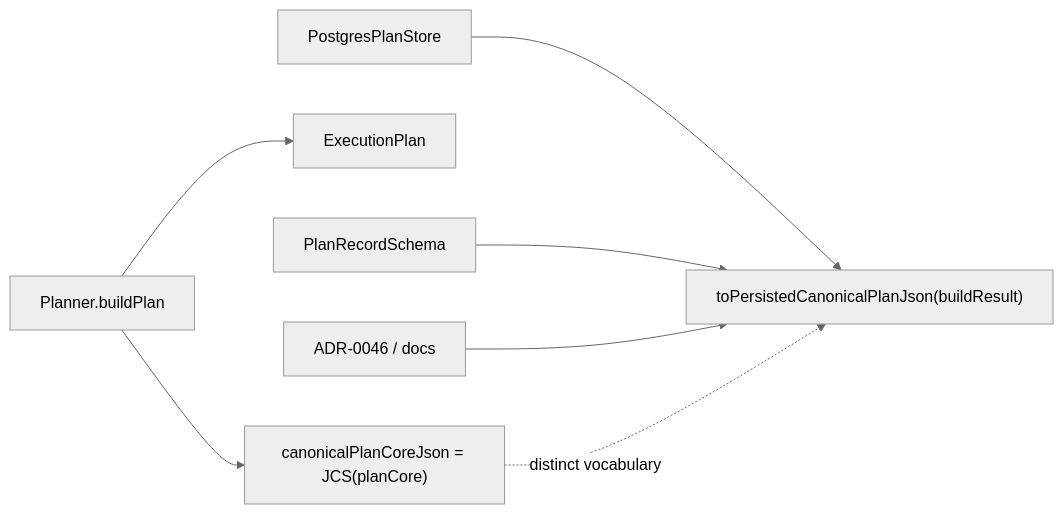
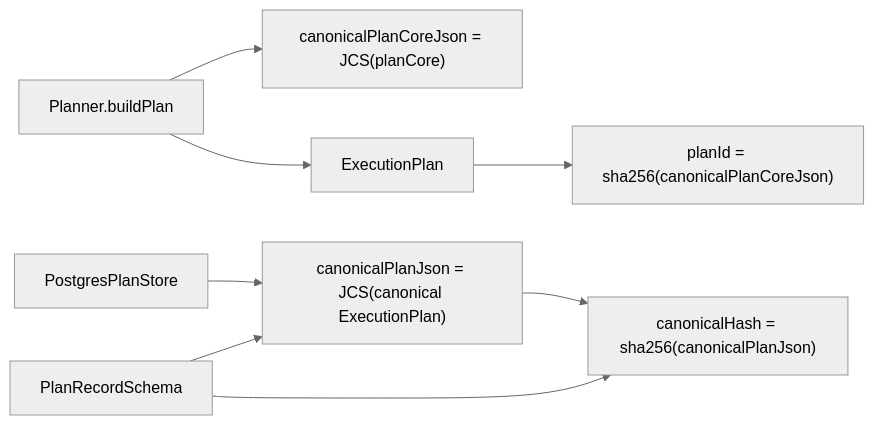
One commit to dunay2/dvt changed the first of 2 diagrams in docs/planning/reviews/architecture-and-governance/20260407-execution-plan-and-run-execution-policy-hard-qa-review.md. Above: the diagram before and after it, drawn with Mermaid (neutral theme). The commit also changed other lines of this file and 12 other files, not shown here.

Commit message:
fix(contracts): Canonicalize persisted plan records and enforce canonical hash

````diff
--- a/docs/planning/reviews/architecture-and-governance/20260407-execution-plan-and-run-execution-policy-hard-qa-review.md
+++ b/docs/planning/reviews/architecture-and-governance/20260407-execution-plan-and-run-execution-policy-hard-qa-review.md
@@ -329,9 +276,10 @@
 ```mermaid
 flowchart LR
   Planner[Planner.buildPlan] --> CoreJson["canonicalPlanCoreJson = JCS(planCore)"]
   Planner --> Plan[ExecutionPlan]
-  Store[PostgresPlanStore] --> PersistedJson["toPersistedCanonicalPlanJson(buildResult)"]
+  Plan --> PlanId["planId = sha256(canonicalPlanCoreJson)"]
+  Store[PostgresPlanStore] --> PersistedJson["canonicalPlanJson = JCS(canonical ExecutionPlan)"]
+  PersistedJson --> Hash["canonicalHash = sha256(canonicalPlanJson)"]
   PlanRecord[PlanRecordSchema] --> PersistedJson
-  ADR[ADR-0046 / docs] --> PersistedJson
-  CoreJson -.distinct vocabulary.-> PersistedJson
+  PlanRecord --> Hash
 ```
````
